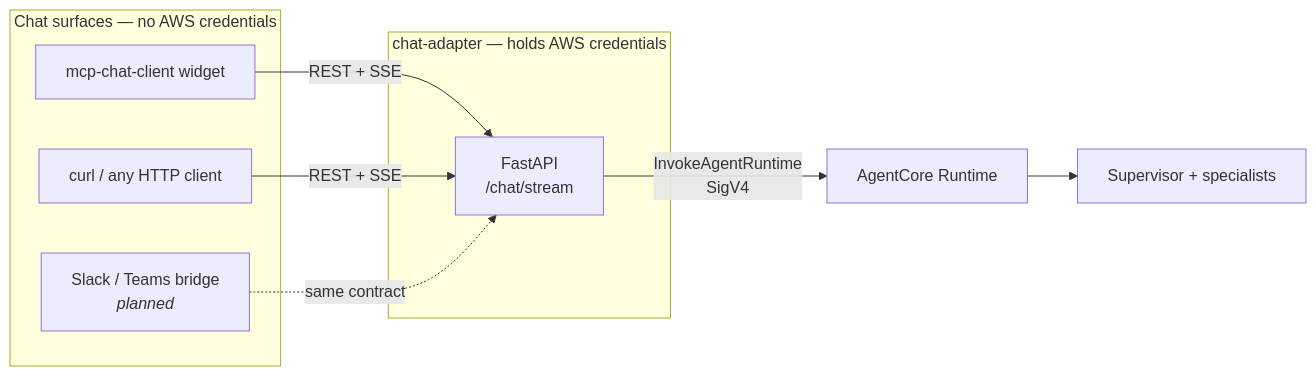
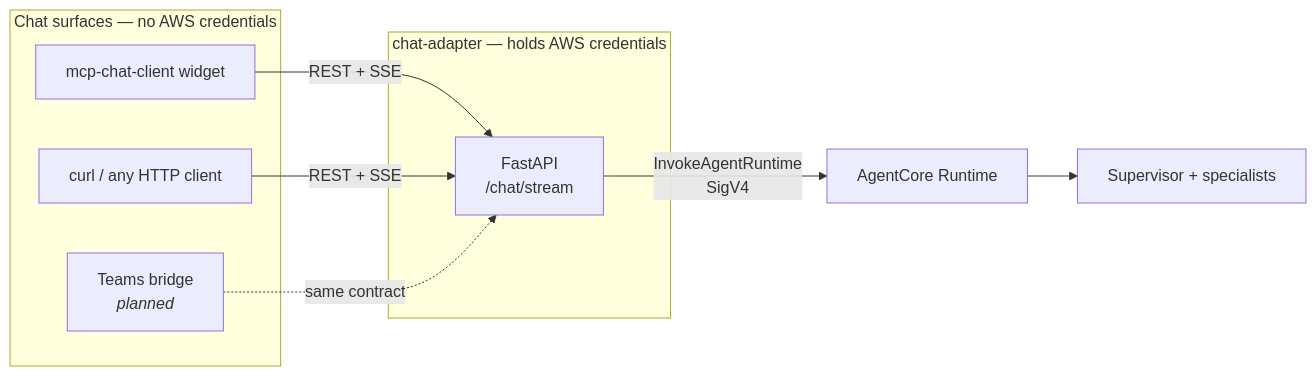
One commit to senthilsweb/claimwise-agents changed the first of 2 diagrams in docs/chat-channel.md. Above: the diagram before and after it, drawn with Mermaid. The commit also changed other lines of this file and 6 other files, not shown here.

First line of the commit message:
Docs: drop Slack (Teams is the planned channel), OpenObserve as plain optional, Roadmap checklist

````diff
--- a/docs/chat-channel.md
+++ b/docs/chat-channel.md
@@ -18,16 +18,16 @@
 ```mermaid
 flowchart LR
     subgraph Clients [Chat surfaces — no AWS credentials]
         WG[mcp-chat-client widget]
         CU[curl / any HTTP client]
-        SL[Slack / Teams bridge<br/><i>planned</i>]
+        SL[Teams bridge<br/><i>planned</i>]
     end
     subgraph Bridge [chat-adapter — holds AWS credentials]
         AD[FastAPI<br/>/chat/stream]
     end
     WG -->|REST + SSE| AD
     CU -->|REST + SSE| AD
     SL -.->|same contract| AD
     AD -->|InvokeAgentRuntime<br/>SigV4| RT[AgentCore Runtime]
     RT --> S[Supervisor + specialists]
 ```
````
